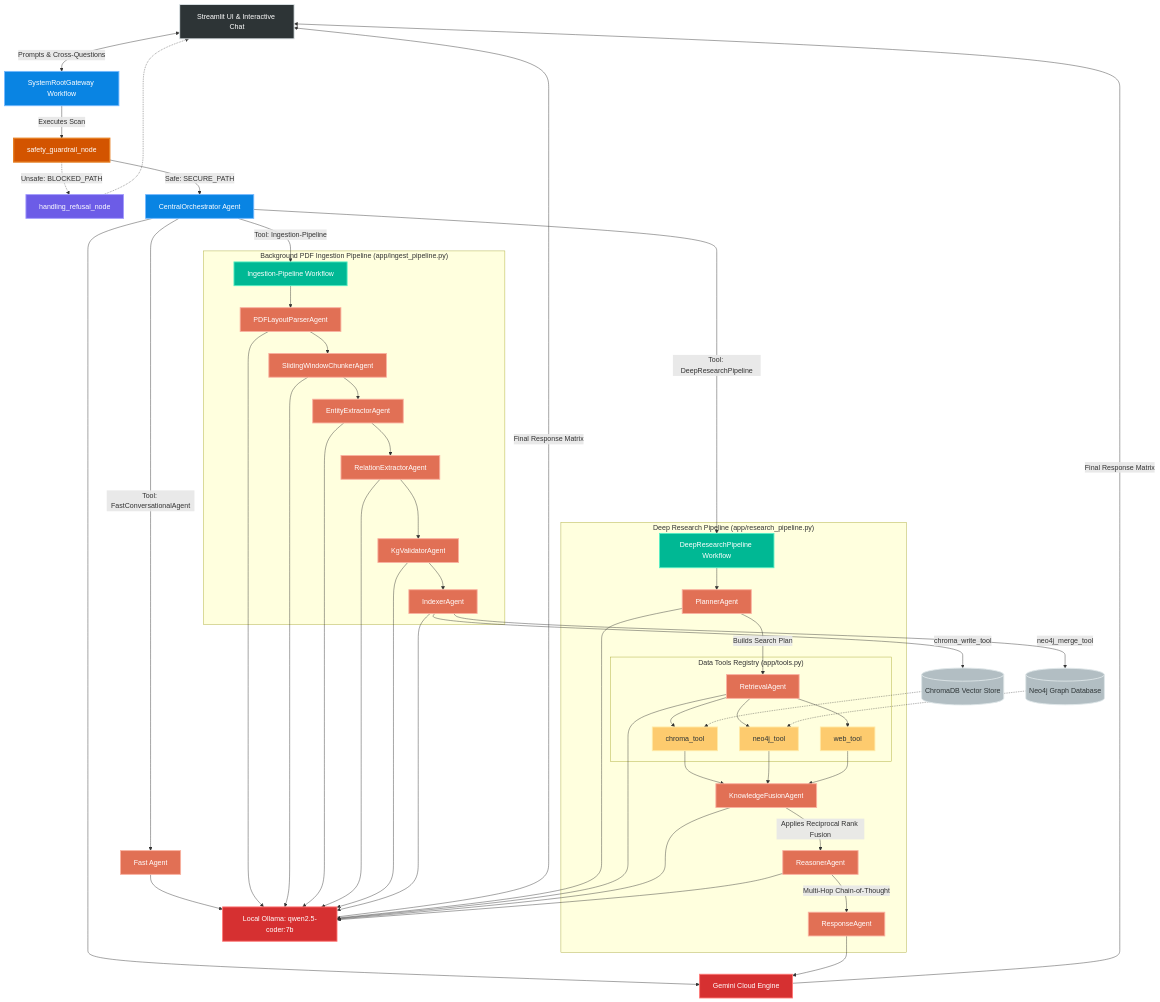
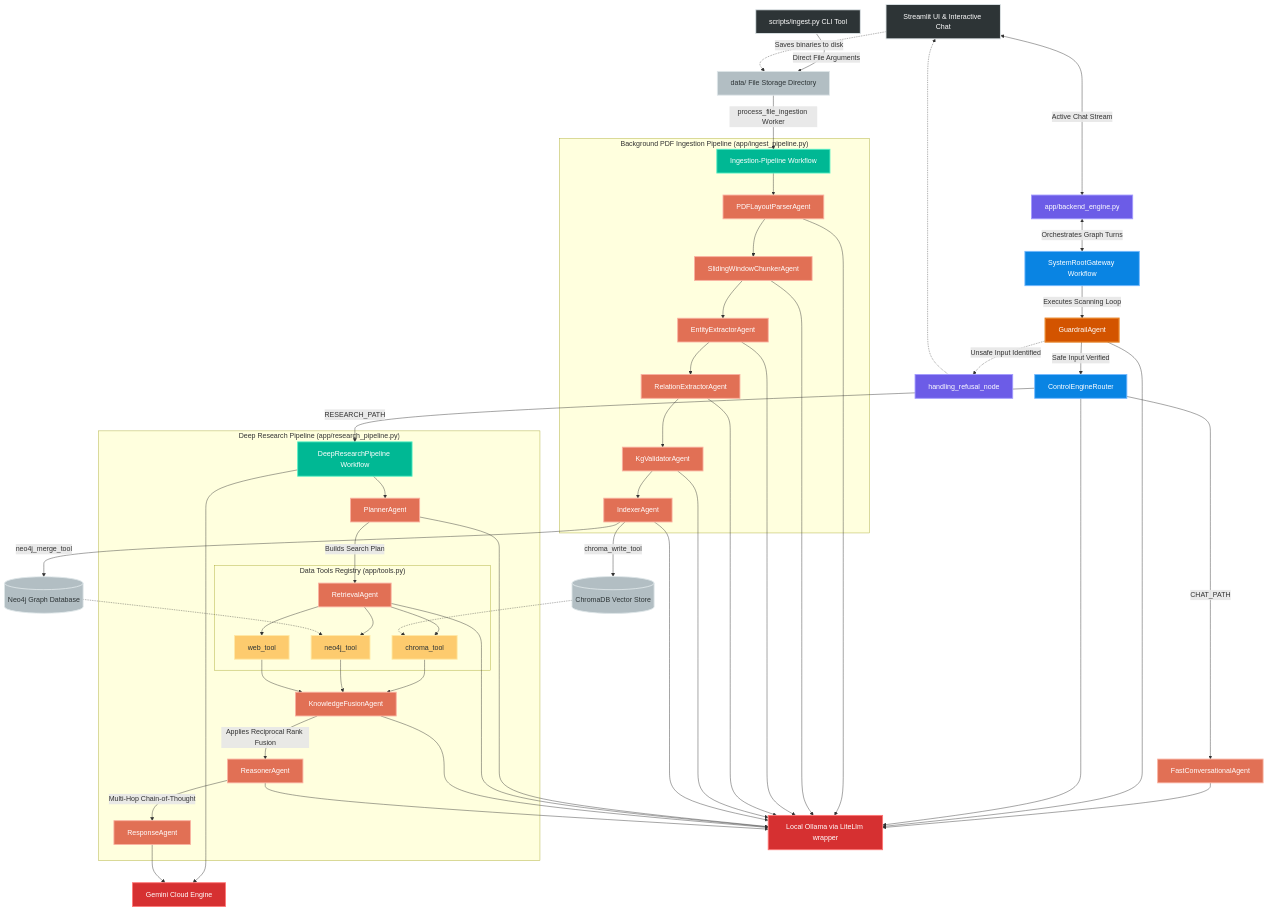
Before and after one commit to ranapratapmajee/nexusmind-adk: the first of 2 diagrams in README.md, drawn with Mermaid. The commit also changed other lines of this file and 6 other files, not shown here.

````diff
--- a/README.md
+++ b/README.md
@@ -15,72 +15,74 @@
 ```mermaid
 graph TD
     %% Component Style Classes
     classDef client fill:#2d3436,stroke:#dfe6e9,stroke-width:2px,color:#fff;
     classDef orchestrator fill:#0984e3,stroke:#74b9ff,stroke-width:2px,color:#fff;
     classDef control fill:#6c5ce7,stroke:#a29bfe,stroke-width:2px,color:#fff;
     classDef workflow fill:#00b894,stroke:#55efc4,stroke-width:2px,color:#fff;
     classDef guardrail fill:#d35400,stroke:#e67e22,stroke-width:3px,color:#fff;
     classDef agent fill:#e17055,stroke:#fab1a0,stroke-width:2px,color:#fff;
     classDef tool fill:#fdcb6e,stroke:#ffeaa7,stroke-width:2px,color:#2d3436;
     classDef storage fill:#b2bec3,stroke:#dfe6e9,stroke-width:2px,color:#2d3436;
     classDef compute fill:#d63031,stroke:#ff7675,stroke-width:2px,color:#fff;
 
-    %% Presentation Layer
-    UI[Streamlit UI & Interactive Chat]:::client <--> |Prompts & Cross-Questions| Gateway[SystemRootGateway Workflow]:::orchestrator
-    
-    %% Intent Splitting & Control
-    Gateway --> |Executes Scan| GuardrailNode[safety_guardrail_node]:::guardrail
-    GuardrailNode -.-> |Unsafe: BLOCKED_PATH| Refusal[handling_refusal_node]:::control
+    %% Presentation Layer / Data Entries
+    UI[Streamlit UI & Interactive Chat]:::client <--> |Active Chat Stream| BackendEngine[app/backend_engine.py]:::control
+    CLI[scripts/ingest.py CLI Tool]:::client --> |Direct File Arguments| DataFolder[data/ File Storage Directory]:::storage
+    UI -.-> |Saves binaries to disk| DataFolder
+
+    %% Conversational Core Road
+    BackendEngine <--> |Orchestrates Graph Turns| Gateway[SystemRootGateway Workflow]:::orchestrator
+    Gateway --> |Executes Scanning Loop| GuardrailAgent[GuardrailAgent]:::guardrail
+    GuardrailAgent -.-> |Unsafe Input Identified| Refusal[handling_refusal_node]:::control
     Refusal -.-> UI
 
-    GuardrailNode --> |Safe: SECURE_PATH| Concierge[CentralOrchestrator Agent]:::orchestrator
+    GuardrailAgent --> |Safe Input Verified| Router[ControlEngineRouter]:::orchestrator
+    Router --> |CHAT_PATH| FastAgent[FastConversationalAgent]:::agent
+    Router --> |RESEARCH_PATH| DeepResearch[DeepResearchPipeline Workflow]:::workflow
 
-    %% Central Orchestrator Tool Routing Decision Matrix
-    Concierge --> |Tool: FastConversationalAgent| FastAgent[Fast Agent]:::agent
-    Concierge --> |Tool: Ingestion-Pipeline| IngestFlow[Ingestion-Pipeline Workflow]:::workflow
-    Concierge --> |Tool: DeepResearchPipeline| DeepResearch[DeepResearchPipeline Workflow]:::workflow
+    %% Ingestion Lane Bypass (Decoupled & File-Driven)
+    DataFolder --> |process_file_ingestion Worker| IngestFlow[Ingestion-Pipeline Workflow]:::workflow
 
     %% Ingestion Pipeline 
     subgraph Ingestion_Pipeline ["Background PDF Ingestion Pipeline (app/ingest_pipeline.py)"]
         IngestFlow --> Parser[PDFLayoutParserAgent]:::agent
         Parser --> Chunker[SlidingWindowChunkerAgent]:::agent
         Chunker --> EntityExt[EntityExtractorAgent]:::agent
         EntityExt --> RelExt[RelationExtractorAgent]:::agent
         RelExt --> KGVal[KgValidatorAgent]:::agent
         KGVal --> Indexer[IndexerAgent]:::agent
     end
 
     %% Adaptive Runtime Multi-Agent Pipeline
     subgraph Reasoning_Pipeline ["Deep Research Pipeline (app/research_pipeline.py)"]
         DeepResearch --> Planner[PlannerAgent]:::agent
         Planner --> |Builds Search Plan| Retrieval[RetrievalAgent]:::agent
         
         %% Tool Registry
         subgraph ADK_Tool_Registry ["Data Tools Registry (app/tools.py)"]
             Retrieval --> CTool[chroma_tool]:::tool
             Retrieval --> NTool[neo4j_tool]:::tool
             Retrieval --> WTool[web_tool]:::tool
         end
         
         CTool --> Fusion[KnowledgeFusionAgent]:::agent
         NTool --> Fusion
         WTool --> Fusion
         
         Fusion --> |Applies Reciprocal Rank Fusion| Reasoner[ReasonerAgent]:::agent
         Reasoner --> |Multi-Hop Chain-of-Thought| Responder[ResponseAgent]:::agent
     end
 
     %% Storage Topology
     Indexer --> |chroma_write_tool| Chroma[(ChromaDB Vector Store)]:::storage
     Indexer --> |neo4j_merge_tool| Neo4j[(Neo4j Graph Database)]:::storage
     
     Neo4j -.-> NTool
     Chroma -.-> CTool
 
-    %% Hybrid Compute Targets (Ollama + Gemini)
-    FastAgent & Parser & Chunker & EntityExt & RelExt & KGVal & Indexer & Planner & Retrieval & Fusion & Reasoner --> LocalOllama[Local Ollama: qwen2.5-coder:7b]:::compute
-    Concierge & Responder --> GeminiCloud[Gemini Cloud Engine]:::compute
+    %% Unified Compute Targets
+    FastAgent & GuardrailAgent & Router & Parser & Chunker & EntityExt & RelExt & KGVal & Indexer & Planner & Retrieval & Fusion & Reasoner --> LocalOllama[Local Ollama via LiteLlm wrapper]:::compute
+    DeepResearch & Responder --> GeminiCloud[Gemini Cloud Engine]:::compute
 
-    LocalOllama & GeminiCloud --> |Final Response Matrix| UI
 
 ```
````
